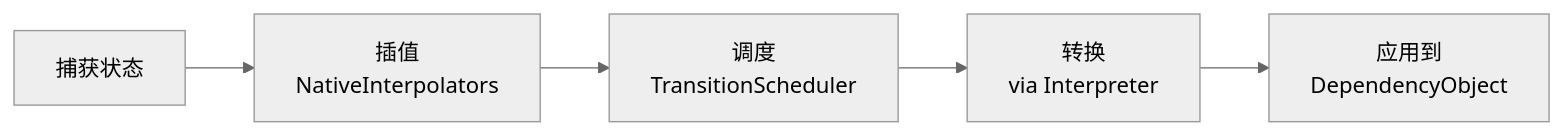
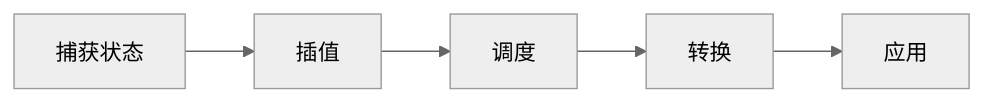
Before and after one commit to Axvser/VeloxDev: the second of 2 diagrams in Docs/VeloxDev.Docs/Assets/Docs/zh/2_原理解析/5_动画/index.md, drawn with Mermaid (neutral theme). The commit also changed other lines of this file and 101 other files, not shown here.

````diff
--- a/Docs/VeloxDev.Docs/Assets/Docs/zh/2_原理解析/5_动画/index.md
+++ b/Docs/VeloxDev.Docs/Assets/Docs/zh/2_原理解析/5_动画/index.md
@@ -28,11 +28,7 @@
 ```mermaid
 flowchart LR
-    Capture[捕获状态] --> Interpolate[插值
-    NativeInterpolators]
-    Interpolate --> Schedule[调度
-    TransitionScheduler]
-    Schedule --> Transform[转换
-    via Interpreter]
-    Transform --> Apply[应用到
-    DependencyObject]
+    Capture[捕获状态] --> Interpolate[插值]
+    Interpolate --> Schedule[调度]
+    Schedule --> Transform[转换]
+    Transform --> Apply[应用]
 ```
````
